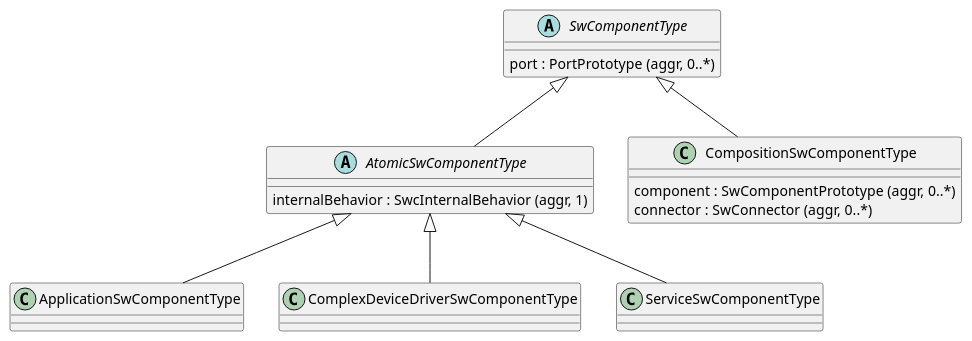
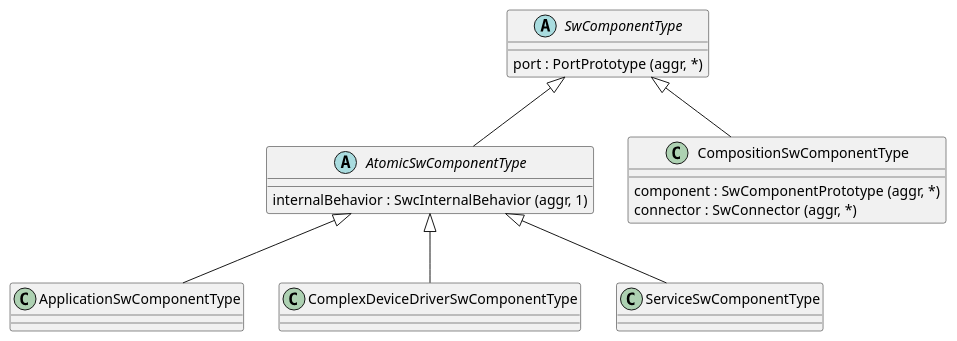
Before and after one commit to hazemanwer2000/knowledge-base: the first of 6 diagrams in vault-base/Topics/Technical-Topics/OS/AUTOSAR/General/AUTOSAR-SW-Components.md, drawn with PlantUML. The commit also changed other lines of this file, not shown here.

````diff
--- a/vault-base/Topics/Technical-Topics/OS/AUTOSAR/General/AUTOSAR-SW-Components.md
+++ b/vault-base/Topics/Technical-Topics/OS/AUTOSAR/General/AUTOSAR-SW-Components.md
@@ -18,17 +18,17 @@
 ```plantuml
 abstract SwComponentType {
-	port : PortPrototype (aggr, 0..*)
+	port : PortPrototype (aggr, *)
 }
 abstract AtomicSwComponentType {
 	internalBehavior : SwcInternalBehavior (aggr, 1)
 }
 class CompositionSwComponentType {
-	component : SwComponentPrototype (aggr, 0..*)
-	connector : SwConnector (aggr, 0..*)
+	component : SwComponentPrototype (aggr, *)
+	connector : SwConnector (aggr, *)
 }
 SwComponentType <|-- AtomicSwComponentType
 SwComponentType <|-- CompositionSwComponentType
 AtomicSwComponentType <|-- ApplicationSwComponentType
 AtomicSwComponentType <|-- ComplexDeviceDriverSwComponentType
 AtomicSwComponentType <|-- ServiceSwComponentType
 ```
````
